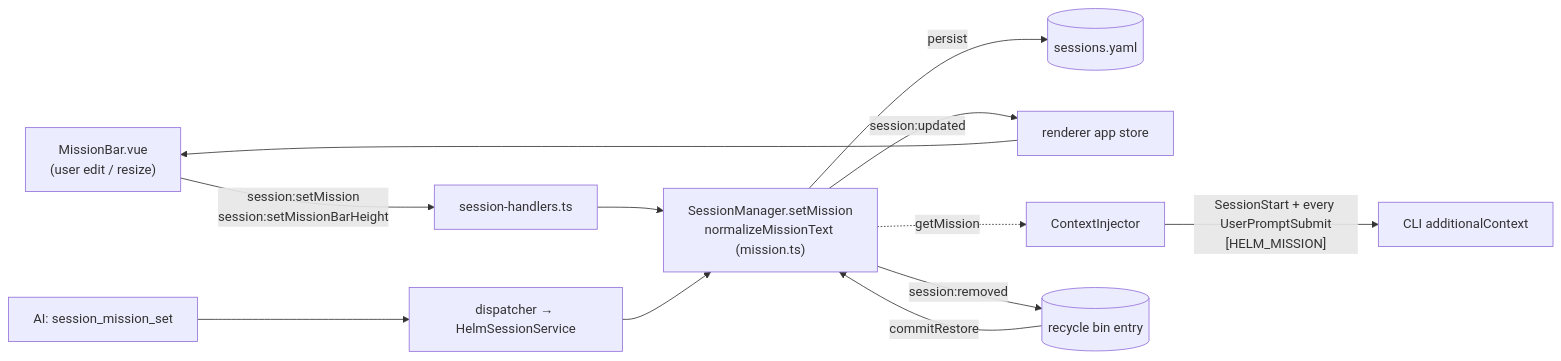
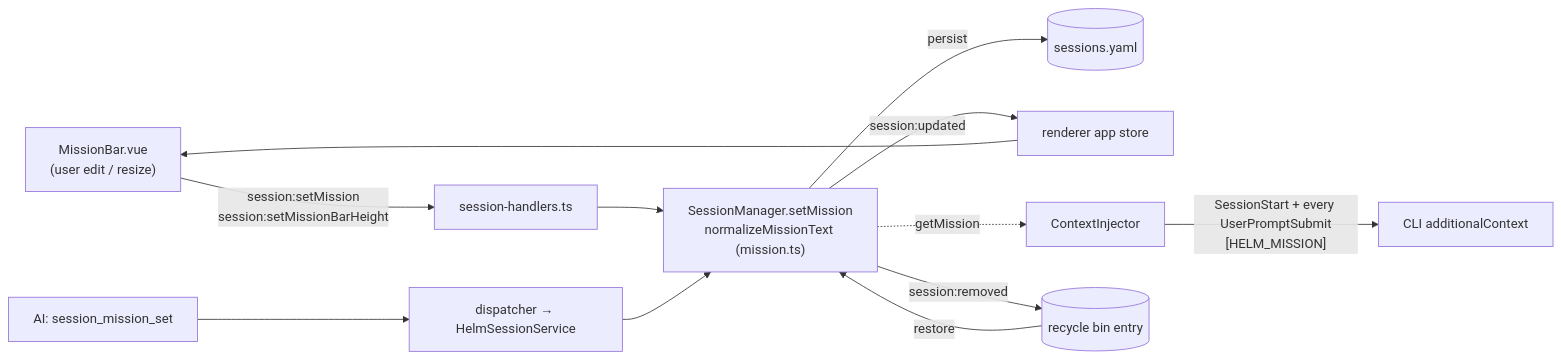
The diagram in docs/mission-statement.md (PetePeter/helm), drawn with Mermaid before and after one commit. The commit also changed 83 other files, not shown here.

````diff
--- a/docs/mission-statement.md
+++ b/docs/mission-statement.md
@@ -26,14 +26,14 @@
 ```mermaid
 graph LR
     U["MissionBar.vue<br/>(user edit / resize)"] -->|"session:setMission<br/>session:setMissionBarHeight"| IPC[session-handlers.ts]
     AI["AI: session_mission_set"] --> MCP["dispatcher → HelmSessionService"]
     IPC --> SM["SessionManager.setMission<br/>normalizeMissionText (mission.ts)"]
     MCP --> SM
     SM -->|persist| Y[(sessions.yaml)]
     SM -->|session:updated| R[renderer app store]
     R --> U
     SM -.->|getMission| CI[ContextInjector]
     CI -->|"SessionStart + every UserPromptSubmit<br/>[HELM_MISSION]"| CLI[CLI additionalContext]
     SM -->|session:removed| RB[(recycle bin entry)]
-    RB -->|commitRestore| SM
+    RB -->|restore| SM
 ```
````
